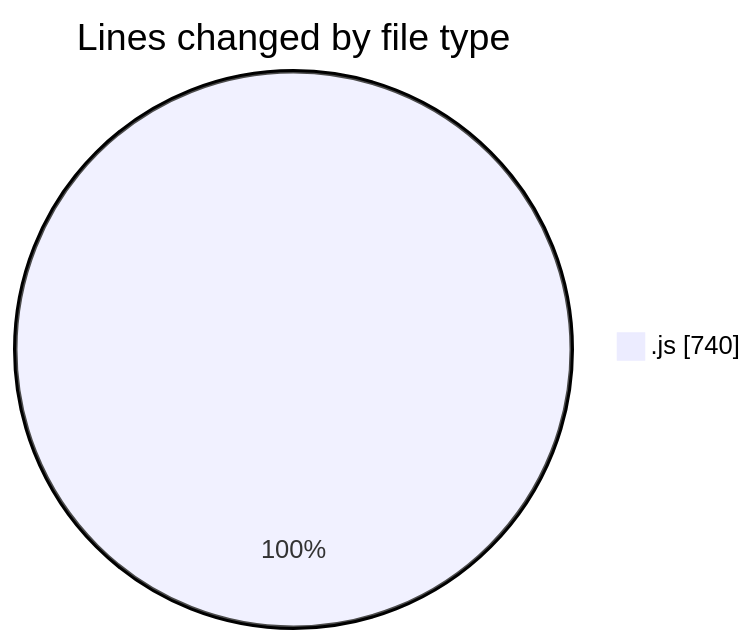
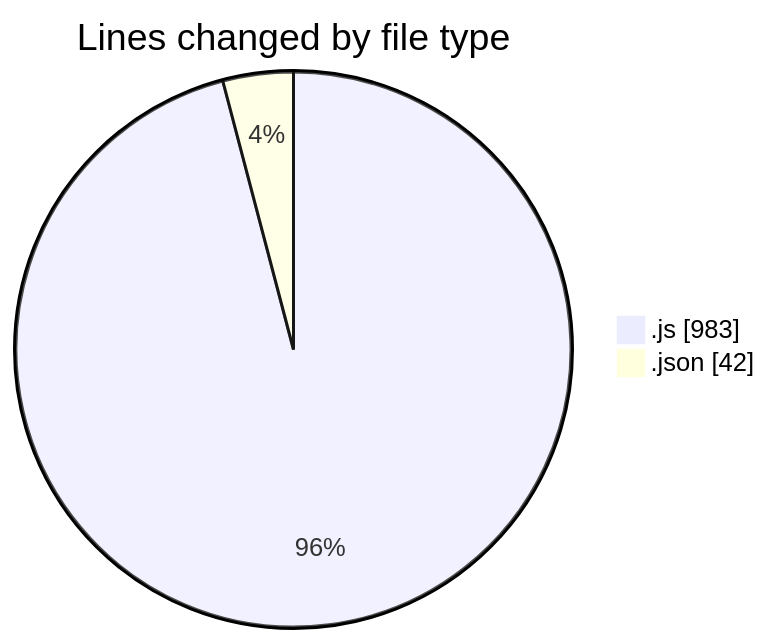
One commit to lephambinh05/code-tracking changed the first of 2 diagrams in 2025-07-10/mail-listener2-0_1_3/README.md. Above: the diagram before and after it, drawn with Mermaid. The commit also changed other lines of this file and 1 other file, not shown here.

````diff
--- a/2025-07-10/mail-listener2-0_1_3/README.md
+++ b/2025-07-10/mail-listener2-0_1_3/README.md
@@ -23,5 +25,6 @@
 ```mermaid
 pie showData
 title Lines changed by file type
-".js" : 740
+".js" : 983
+".json" : 42
 ```
````
